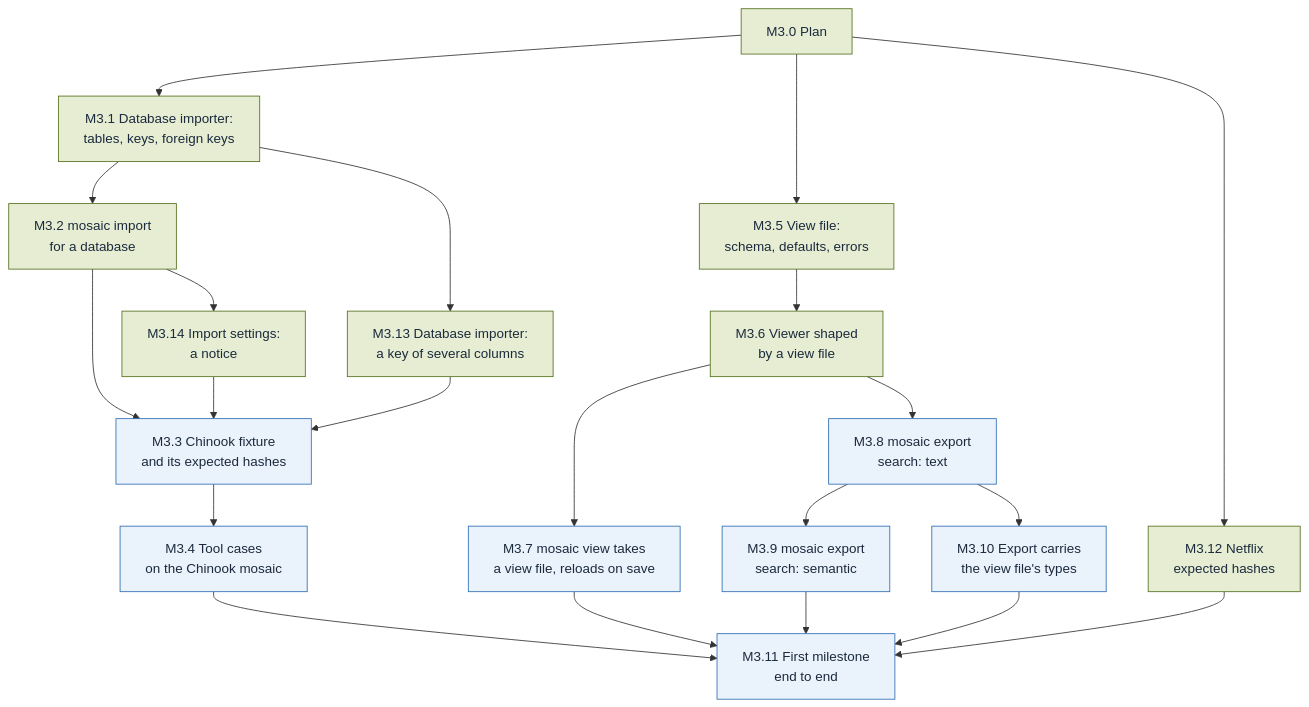
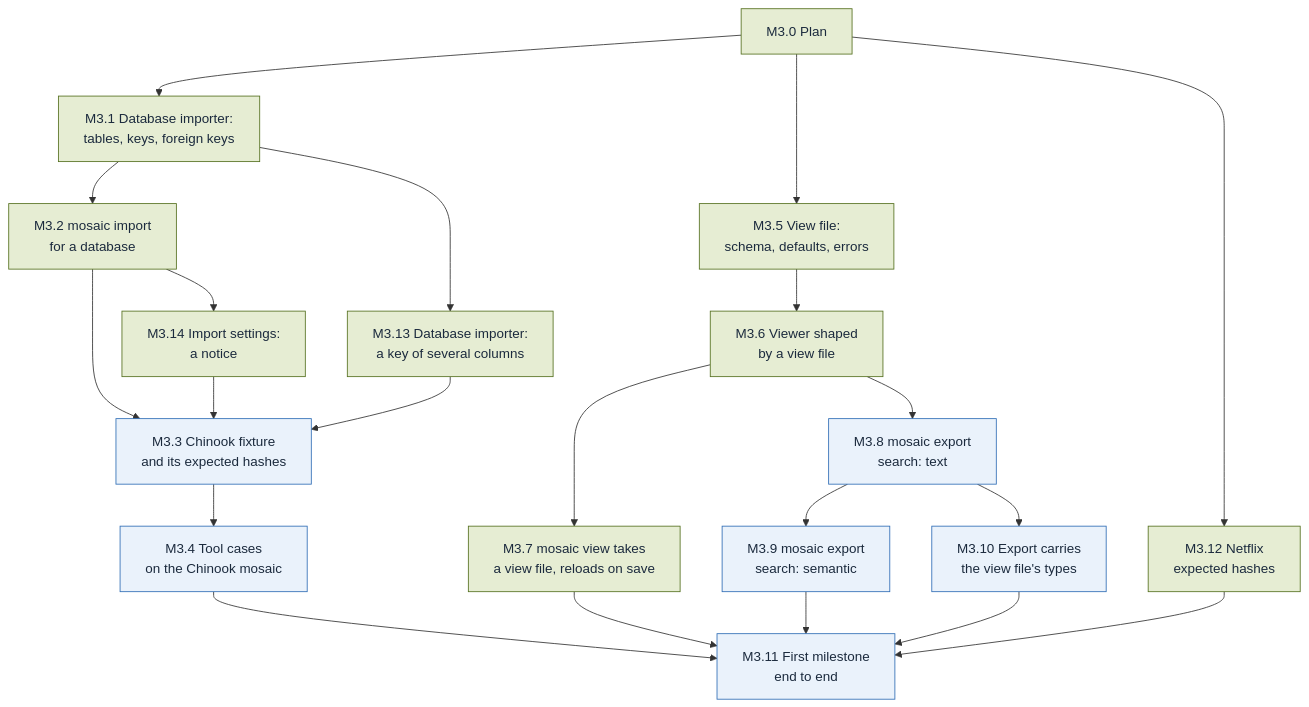
One commit to alcjor/Mosaic changed the diagram in plan/M3.md. Above: the diagram before and after it, drawn with Mermaid. The commit also changed other lines of this file and 11 other files, not shown here.

````diff
--- a/plan/M3.md
+++ b/plan/M3.md
@@ -3,74 +3,74 @@
 ```mermaid
 flowchart TD
   classDef done fill:#E6EDD3,stroke:#55701F,color:#1B2A3D
   classDef todo fill:#EAF2FB,stroke:#2F6DB5,color:#1B2A3D
   classDef parked fill:#FCEFCF,stroke:#F2B630,color:#1B2A3D
   %% One block per slice: its node, then its status (done, todo or parked).
   %% Blank lines keep each status line apart, so two PRs marking two slices merge cleanly.
 
   M3_0["M3.0 Plan"]
   class M3_0 done
 
   M3_1["M3.1 Database importer:<br/>tables, keys, foreign keys"]
   class M3_1 done
 
   M3_2["M3.2 mosaic import<br/>for a database"]
   class M3_2 done
 
   M3_3["M3.3 Chinook fixture<br/>and its expected hashes"]
   class M3_3 todo
 
   M3_4["M3.4 Tool cases<br/>on the Chinook mosaic"]
   class M3_4 todo
 
   M3_5["M3.5 View file:<br/>schema, defaults, errors"]
   class M3_5 done
 
   M3_6["M3.6 Viewer shaped<br/>by a view file"]
   class M3_6 done
 
   M3_7["M3.7 mosaic view takes<br/>a view file, reloads on save"]
-  class M3_7 todo
+  class M3_7 done
 
   M3_8["M3.8 mosaic export<br/>search: text"]
   class M3_8 todo
 
   M3_9["M3.9 mosaic export<br/>search: semantic"]
   class M3_9 todo
 
   M3_10["M3.10 Export carries<br/>the view file's types"]
   class M3_10 todo
 
   M3_11["M3.11 First milestone<br/>end to end"]
   class M3_11 todo
 
   M3_12["M3.12 Netflix<br/>expected hashes"]
   class M3_12 done
 
   M3_13["M3.13 Database importer:<br/>a key of several columns"]
   class M3_13 done
 
   M3_14["M3.14 Import settings:<br/>a notice"]
   class M3_14 done
 
   M3_0 --> M3_1
   M3_1 --> M3_2
   M3_2 --> M3_3
   M3_3 --> M3_4
   M3_0 --> M3_5
   M3_5 --> M3_6
   M3_6 --> M3_7
   M3_6 --> M3_8
   M3_8 --> M3_9
   M3_8 --> M3_10
   M3_4 --> M3_11
   M3_7 --> M3_11
   M3_9 --> M3_11
   M3_10 --> M3_11
   M3_0 --> M3_12
   M3_12 --> M3_11
   M3_1 --> M3_13
   M3_13 --> M3_3
   M3_2 --> M3_14
   M3_14 --> M3_3
 ```
````
